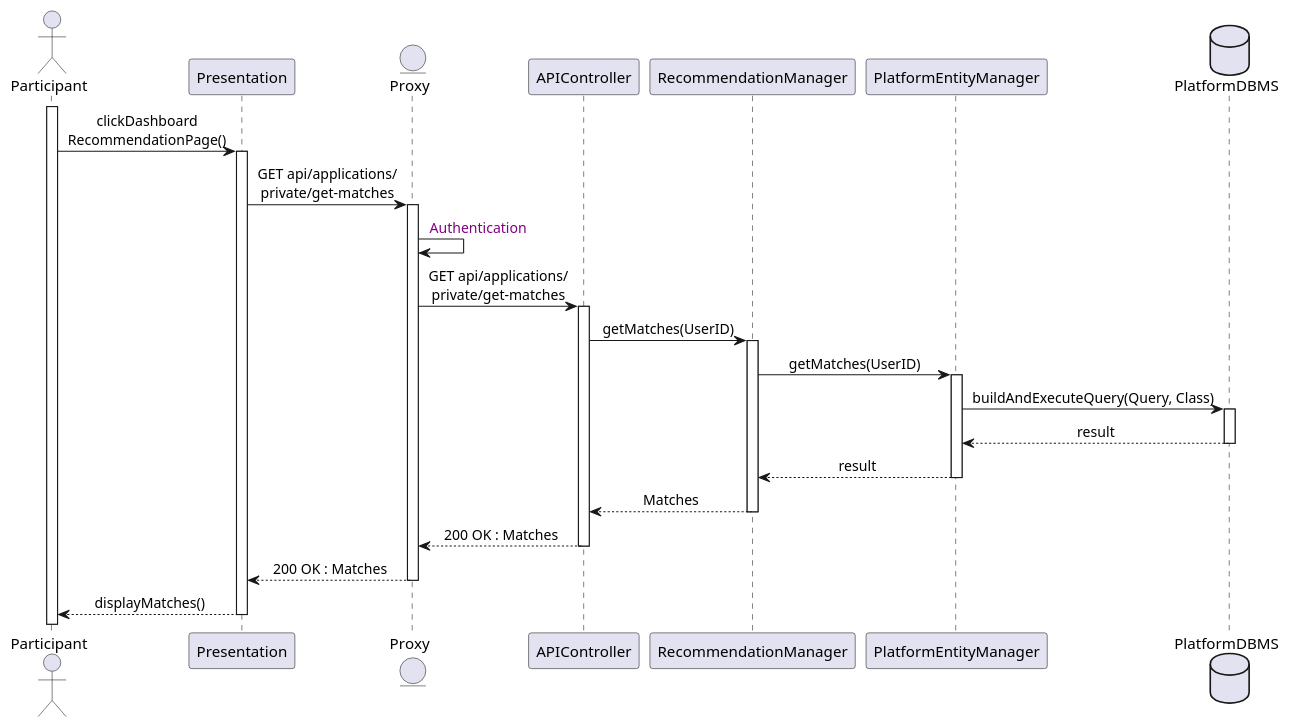
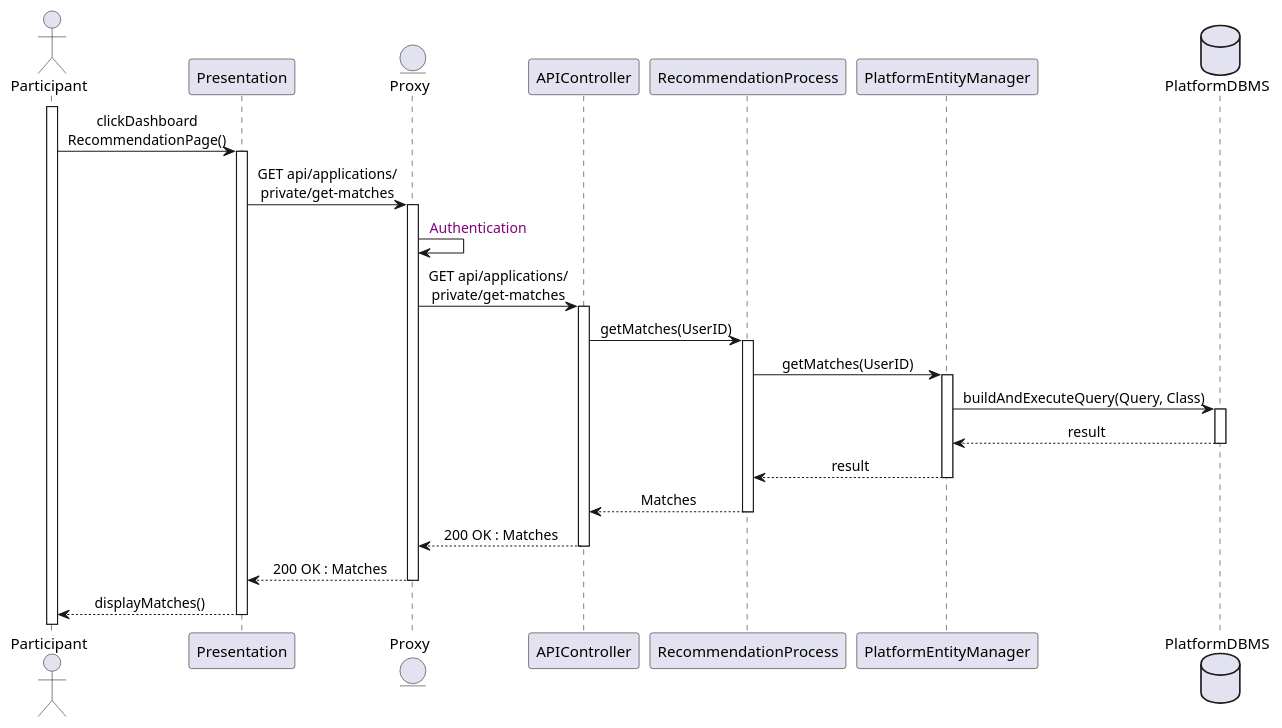
The diagram in Diagrams/SequenceDiagrams/DD/14ParticipantSeesMatches.wsd (Slaitroc/RicciPaoliGrisoni), drawn with PlantUML before and after one commit. The commit also changed 3 other files, not shown here.

Commit message:
change RecommendationManager to RecommendationProcess

```diff
--- a/Diagrams/SequenceDiagrams/DD/14ParticipantSeesMatches.wsd
+++ b/Diagrams/SequenceDiagrams/DD/14ParticipantSeesMatches.wsd
@@ -1,37 +1,37 @@
 @startuml 14ParticipantSeesMatches
 skinparam sequenceMessageAlign center
 actor       Participant
 participant Presentation
 entity      Proxy
 participant APIController
-participant RecommendationManager
+participant RecommendationProcess
 participant PlatformEntityManager
 database    PlatformDBMS
 
 activate Participant
 Participant -> Presentation : clickDashboard\nRecommendationPage()
 activate Presentation
 Presentation -> Proxy : GET api/applications/\nprivate/get-matches
 activate Proxy
 Proxy -> Proxy : <color:purple> Authentication
 Proxy -> APIController : GET api/applications/\nprivate/get-matches
 activate APIController
-APIController -> RecommendationManager : getMatches(UserID)
-activate RecommendationManager
-RecommendationManager -> PlatformEntityManager : getMatches(UserID)
+APIController -> RecommendationProcess : getMatches(UserID)
+activate RecommendationProcess
+RecommendationProcess -> PlatformEntityManager : getMatches(UserID)
 activate PlatformEntityManager
 PlatformEntityManager -> PlatformDBMS : buildAndExecuteQuery(Query, Class)
 activate PlatformDBMS
 PlatformDBMS --> PlatformEntityManager : result
 deactivate PlatformDBMS
-PlatformEntityManager --> RecommendationManager : result
+PlatformEntityManager --> RecommendationProcess : result
 deactivate PlatformEntityManager
-RecommendationManager --> APIController : Matches
-deactivate RecommendationManager
+RecommendationProcess --> APIController : Matches
+deactivate RecommendationProcess
 APIController --> Proxy : 200 OK : Matches
 deactivate APIController
 Proxy --> Presentation : 200 OK : Matches
 deactivate Proxy
 Presentation --> Participant : displayMatches()
 deactivate Presentation
 @enduml
```
